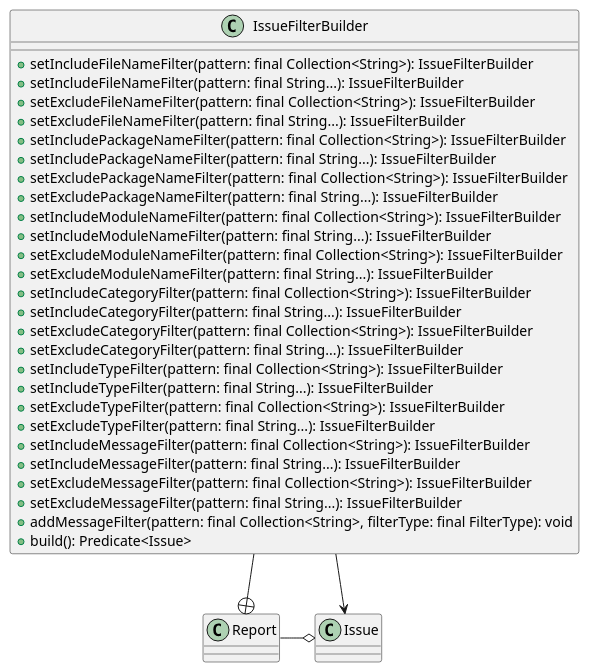
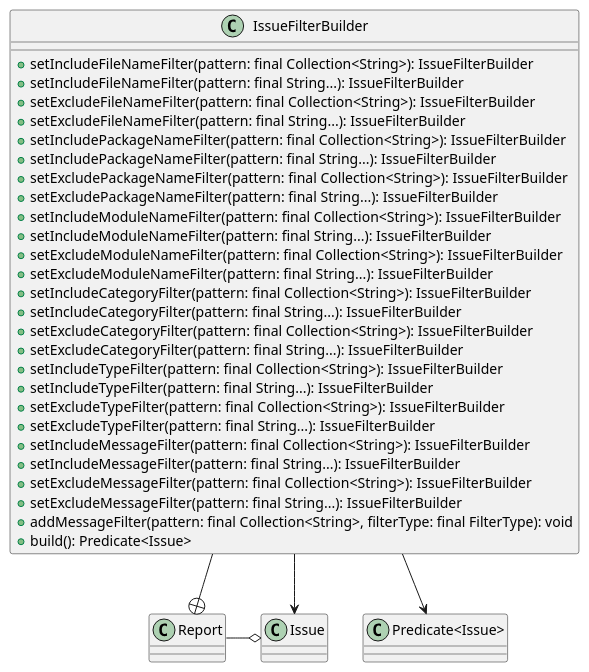
The diagram in doc/BuilderPattern-IssueFilter.puml (jenkinsci/analysis-model), drawn with PlantUML before and after one commit. The commit also changed 8 other files, not shown here.

Commit message:
Improved on the UML Diagrams and added tests for the new LineRangeBuilder and IssueDifferenceBuilder. Also incremented the version in the pom.xml

```diff
--- a/doc/BuilderPattern-IssueFilter.puml
+++ b/doc/BuilderPattern-IssueFilter.puml
@@ -1,40 +1,43 @@
 @startuml
 
 class Report {
 
 }
 
 class IssueFilterBuilder {
     + setIncludeFileNameFilter(pattern: final Collection<String>): IssueFilterBuilder
     + setIncludeFileNameFilter(pattern: final String...): IssueFilterBuilder
     + setExcludeFileNameFilter(pattern: final Collection<String>): IssueFilterBuilder
     + setExcludeFileNameFilter(pattern: final String...): IssueFilterBuilder
     + setIncludePackageNameFilter(pattern: final Collection<String>): IssueFilterBuilder
     + setIncludePackageNameFilter(pattern: final String...): IssueFilterBuilder
     + setExcludePackageNameFilter(pattern: final Collection<String>): IssueFilterBuilder
     + setExcludePackageNameFilter(pattern: final String...): IssueFilterBuilder
     + setIncludeModuleNameFilter(pattern: final Collection<String>): IssueFilterBuilder
     + setIncludeModuleNameFilter(pattern: final String...): IssueFilterBuilder
     + setExcludeModuleNameFilter(pattern: final Collection<String>): IssueFilterBuilder
     + setExcludeModuleNameFilter(pattern: final String...): IssueFilterBuilder
     + setIncludeCategoryFilter(pattern: final Collection<String>): IssueFilterBuilder
     + setIncludeCategoryFilter(pattern: final String...): IssueFilterBuilder
     + setExcludeCategoryFilter(pattern: final Collection<String>): IssueFilterBuilder
     + setExcludeCategoryFilter(pattern: final String...): IssueFilterBuilder
     + setIncludeTypeFilter(pattern: final Collection<String>): IssueFilterBuilder
     + setIncludeTypeFilter(pattern: final String...): IssueFilterBuilder
     + setExcludeTypeFilter(pattern: final Collection<String>): IssueFilterBuilder
     + setExcludeTypeFilter(pattern: final String...): IssueFilterBuilder
     + setIncludeMessageFilter(pattern: final Collection<String>): IssueFilterBuilder
     + setIncludeMessageFilter(pattern: final String...): IssueFilterBuilder
     + setExcludeMessageFilter(pattern: final Collection<String>): IssueFilterBuilder
     + setExcludeMessageFilter(pattern: final String...): IssueFilterBuilder
     + addMessageFilter(pattern: final Collection<String>, filterType: final FilterType): void
     + build(): Predicate<Issue>
 }
 
+class "Predicate<Issue>"
+
 IssueFilterBuilder --+ Report
 Report -right-o Issue
 IssueFilterBuilder --> Issue
+IssueFilterBuilder --> "Predicate<Issue>"
 
 @enduml
```
